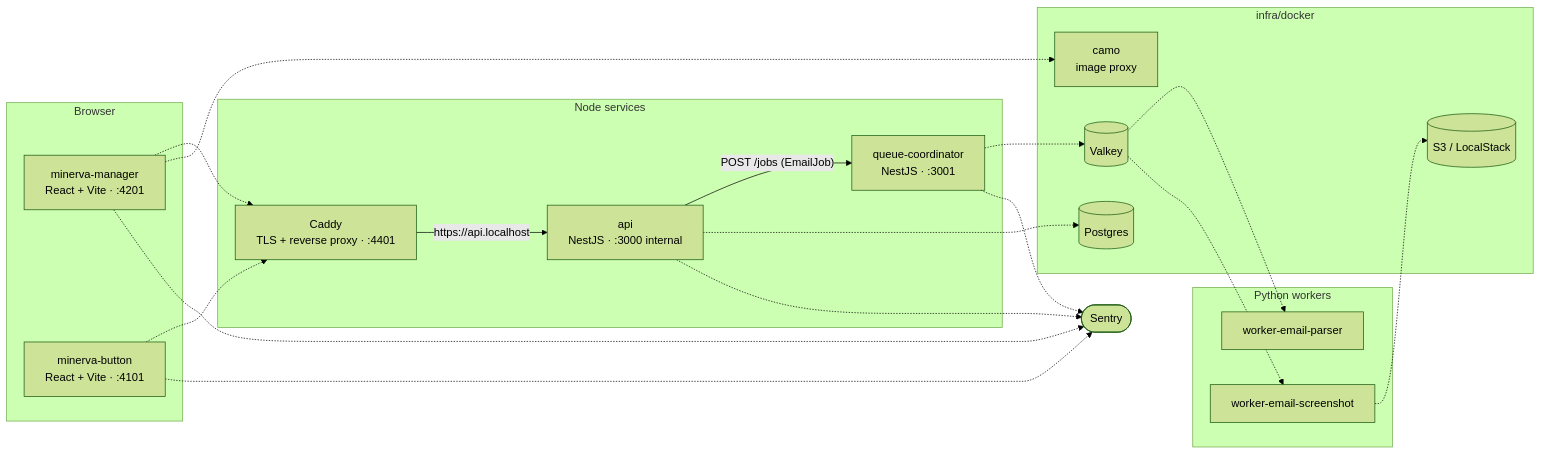
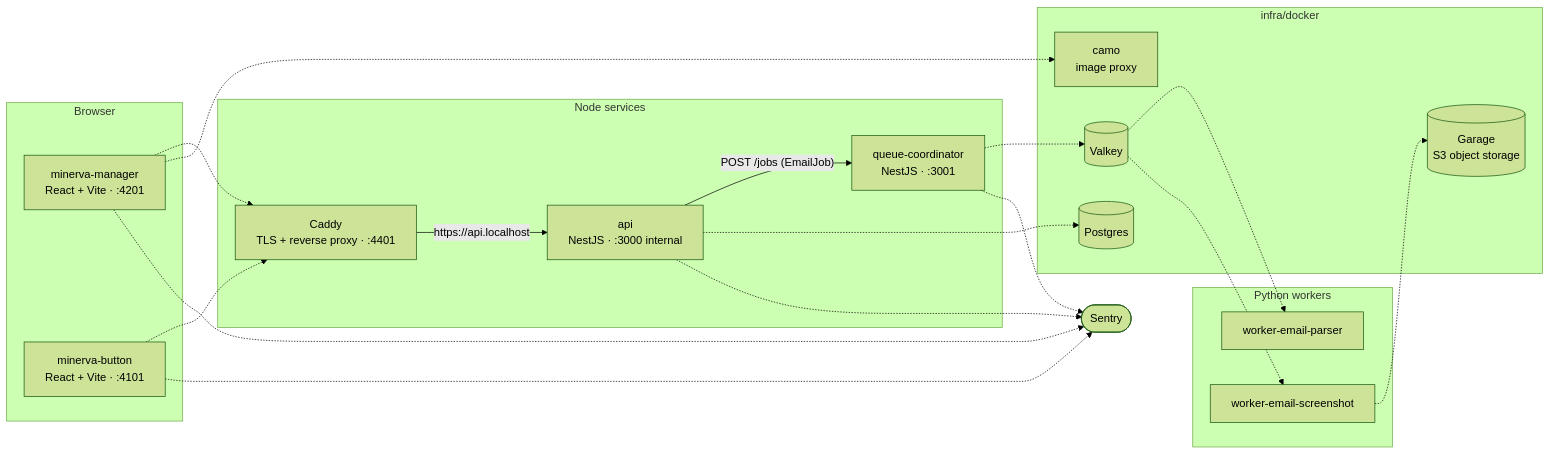
One commit to AlexisRoe/minerva changed the first of 2 diagrams in README.md. Above: the diagram before and after it, drawn with Mermaid (forest theme). The commit also changed other lines of this file and 2 other files, not shown here.

First line of the commit message:
Document the docker stack and every script

````diff
--- a/README.md
+++ b/README.md
@@ -20,42 +20,42 @@
 ```mermaid
 flowchart LR
   subgraph browser["Browser"]
     manager["minerva-manager<br/>React + Vite · :4201"]
     button["minerva-button<br/>React + Vite · :4101"]
   end
 
   subgraph services["Node services"]
     caddy["Caddy<br/>TLS + reverse proxy · :4401"]
     api["api<br/>NestJS · :3000 internal"]
     qc["queue-coordinator<br/>NestJS · :3001"]
     caddy -->|"https://api.localhost"| api
   end
 
   subgraph python["Python workers"]
     parser["worker-email-parser"]
     shot["worker-email-screenshot"]
   end
 
   subgraph infra["infra/docker"]
     pg[("Postgres")]
     valkey[("Valkey")]
-    s3[("S3 / LocalStack")]
+    s3[("Garage<br/>S3 object storage")]
     camo["camo<br/>image proxy"]
   end
 
   manager -.-> caddy
   button -.-> caddy
   api -->|"POST /jobs (EmailJob)"| qc
   qc -.-> valkey
   api -.-> pg
   valkey -.-> parser
   valkey -.-> shot
   shot -.-> s3
   manager -.-> camo
 
   sentry(["Sentry"])
   manager -.-> sentry
   button -.-> sentry
   api -.-> sentry
   qc -.-> sentry
 ```
````
